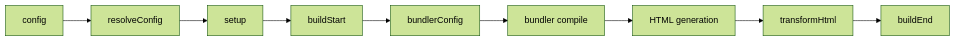
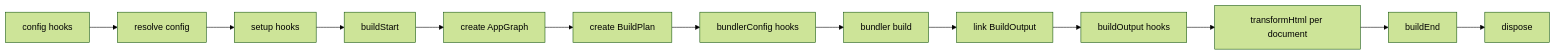
Before and after one commit to binhanchen25-arch/evjs: the diagram in docs/docs/plugins.md, drawn with Mermaid (forest theme). The commit also changed other lines of this file and 400 other files, not shown here.

Commit message:
feat: implement graph-driven framework architecture (#18)

````diff
--- a/docs/docs/plugins.md
+++ b/docs/docs/plugins.md
@@ -150,11 +109,15 @@
 ```mermaid
 flowchart LR
-    A[config] --> B["resolveConfig"]
-    B --> C[setup]
-    C --> D[buildStart]
-    D --> E[bundlerConfig]
-    E --> F["bundler compile"]
-    F --> G["HTML generation"]
-    G --> H[transformHtml]
-    H --> I[buildEnd]
+  A["config hooks"] --> B["resolve config"]
+  B --> C["setup hooks"]
+  C --> E["buildStart"]
+  E --> F["create AppGraph"]
+  F --> H["create BuildPlan"]
+  H --> J["bundlerConfig hooks"]
+  J --> K["bundler build"]
+  K --> L["link BuildOutput"]
+  L --> M["buildOutput hooks"]
+  M --> N["transformHtml per document"]
+  N --> O["buildEnd"]
+  O --> P["dispose"]
 ```
````
